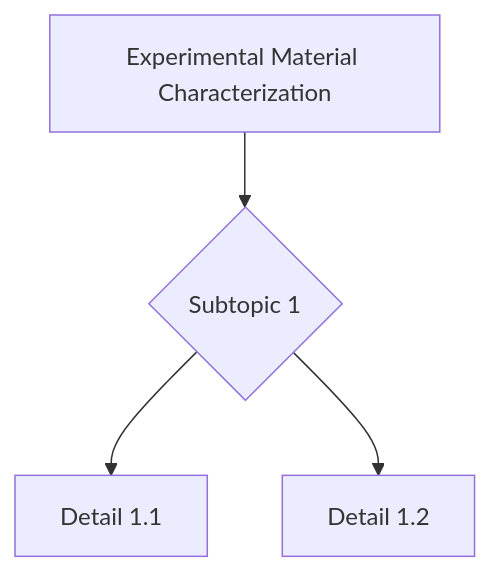
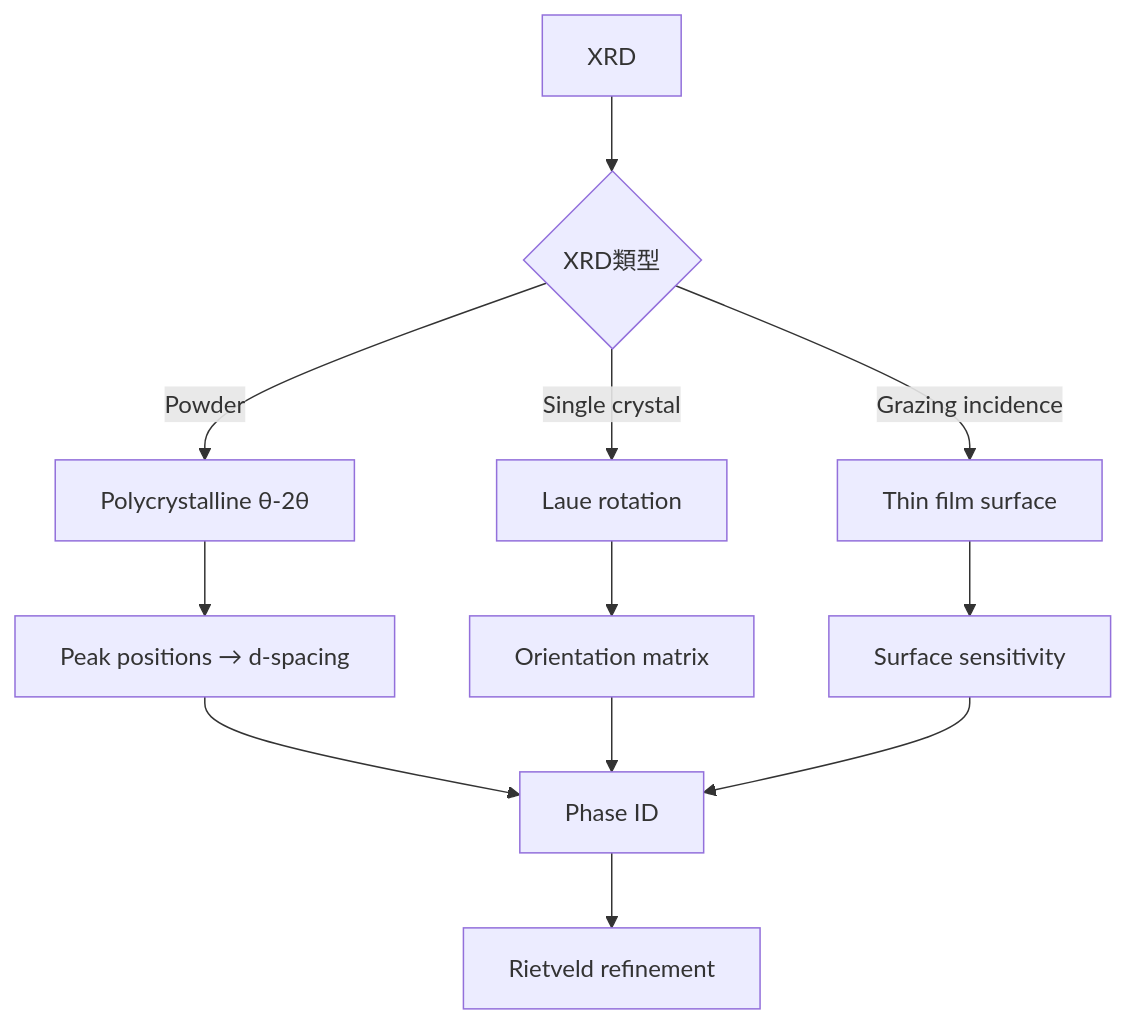
The first of 10 diagrams in 03_MSc_Physics/advanced_materials_concentration/MSPY_5220_Experimental_Material_Char/README.md (yip-lgtm/PhysicsSelfStudy), drawn with Mermaid before and after one commit. The commit also changed other lines of this file and 21 other files, not shown here.

````diff
--- a/03_MSc_Physics/advanced_materials_concentration/MSPY_5220_Experimental_Material_Char/README.md
+++ b/03_MSc_Physics/advanced_materials_concentration/MSPY_5220_Experimental_Material_Char/README.md
@@ -259,6 +100,14 @@
 ```mermaid
 graph TD
-    A[Experimental Material Characterization] --> B{Subtopic 1}
-    B --> C[Detail 1.1]
-    B --> D[Detail 1.2]
+    A[XRD] --> B{XRD類型}
+    B -->|Powder| C[Polycrystalline θ-2θ]
+    B -->|Single crystal| D[Laue rotation]
+    B -->|Grazing incidence| E[Thin film surface]
+    C --> F[Peak positions → d-spacing]
+    D --> G[Orientation matrix]
+    E --> H[Surface sensitivity]
+    F --> I[Phase ID]
+    G --> I
+    H --> I
+    I --> J[Rietveld refinement]
 ```
````
